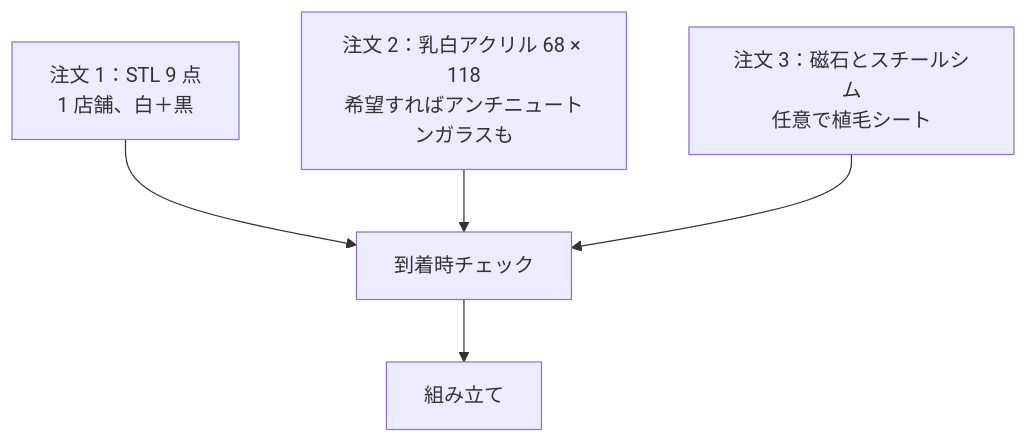
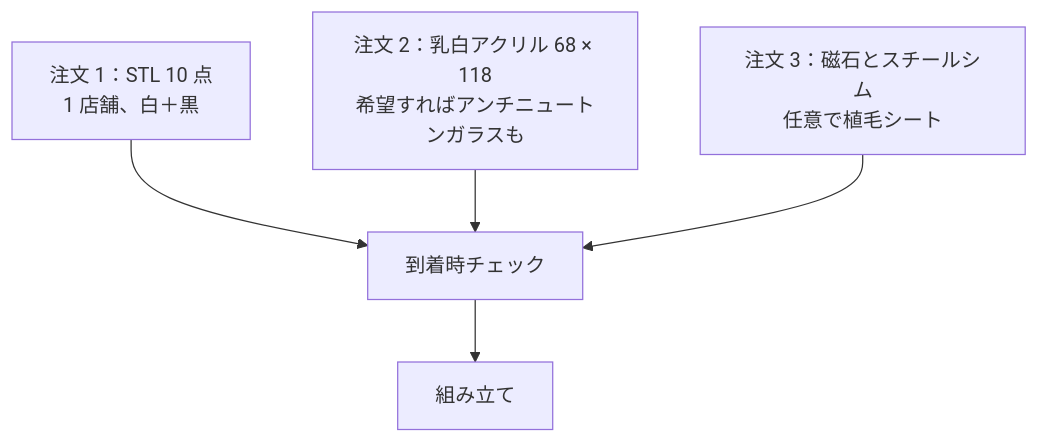
The diagram in docs/bom.ja.md (Neoanaloglab/Neobox), drawn with Mermaid before and after one commit. The commit also changed other lines of this file and 42 other files, not shown here.

````diff
--- a/docs/bom.ja.md
+++ b/docs/bom.ja.md
@@ -176,7 +177,7 @@
 ```mermaid
 flowchart TD
-  A[注文 1：STL 9 点<br/>1 店舗、白＋黒] --> D[到着時チェック]
+  A[注文 1：STL 10 点<br/>1 店舗、白＋黒] --> D[到着時チェック]
   B[注文 2：乳白アクリル 68 × 118<br/>希望すればアンチニュートンガラスも] --> D
   C[注文 3：磁石とスチールシム<br/>任意で植毛シート] --> D
   D --> E[組み立て]
 ```
````
